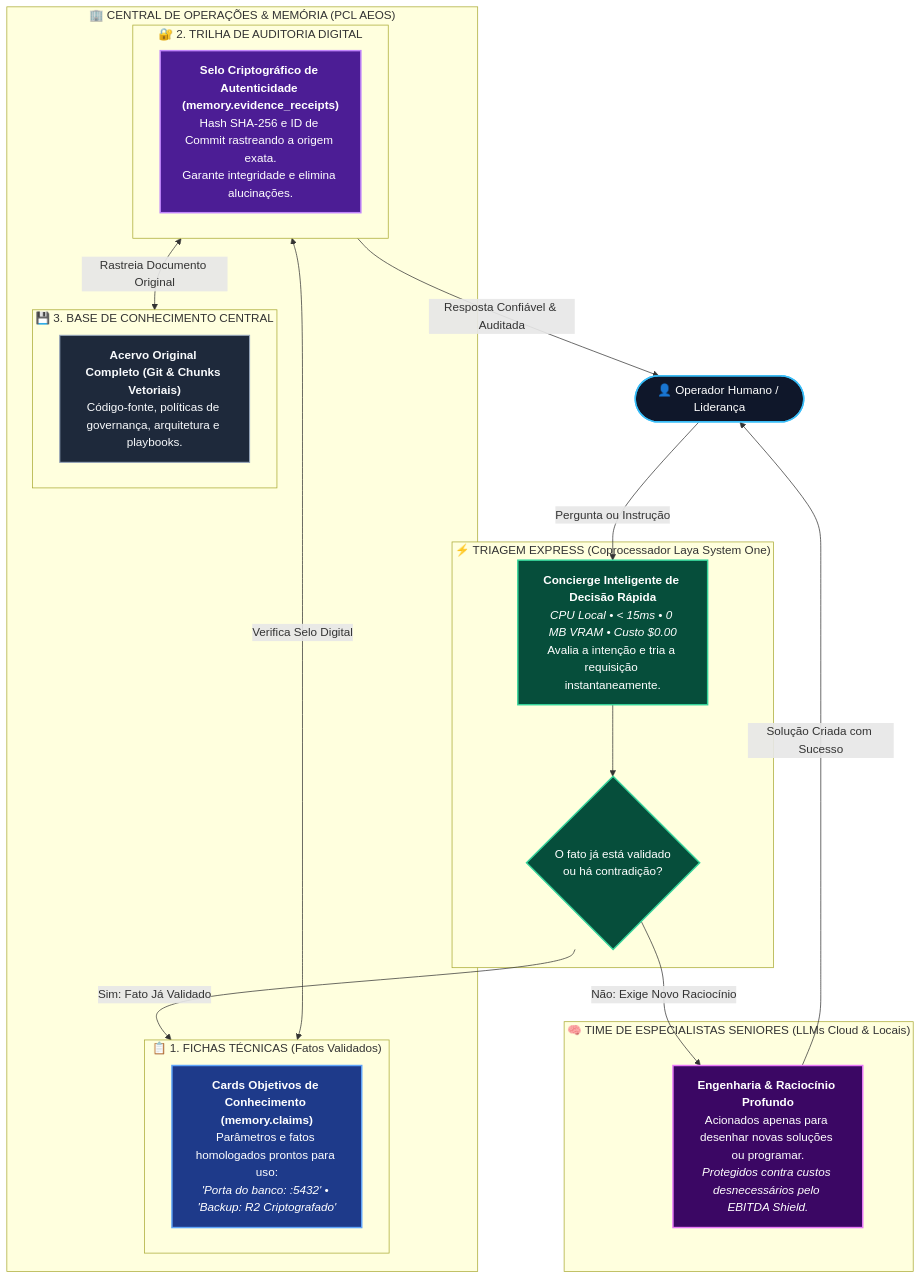
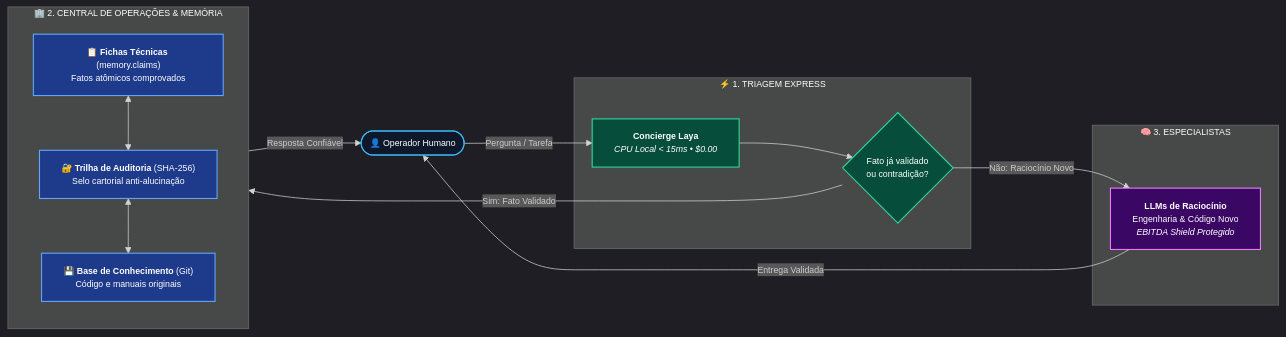
Before and after one commit to EnterDufter/PromptCoreLabs_AEOS: the diagram in docs/architecture-v2-executive-guide.md, drawn with Mermaid. The commit also changed 2 other files, not shown here.

Commit message:
fix(diagrams): calibra escala e fontes dos diagramas Mermaid no guia executivo e spec do laya

````diff
--- a/docs/architecture-v2-executive-guide.md
+++ b/docs/architecture-v2-executive-guide.md
@@ -20,52 +20,39 @@
 ```mermaid
-flowchart TD
-    Cliente(["👤 Operador Humano / Liderança"])
+%%{init: {'theme': 'dark', 'themeVariables': { 'fontSize': '12px', 'fontFamily': 'Inter, sans-serif' }}}%%
+flowchart LR
+    Cliente(["👤 Operador Humano"])
 
-    subgraph Portaria["⚡ TRIAGEM EXPRESS (Coprocessador Laya System One)"]
-        Laya["<b>Concierge Inteligente de Decisão Rápida</b><br/><i>CPU Local • &lt; 15ms • 0 MB VRAM • Custo $0.00</i><br/>Avalia a intenção e tria a requisição instantaneamente."]
-        Filtro{"O fato já está validado<br/>ou há contradição?"}
+    subgraph Portaria["⚡ 1. TRIAGEM EXPRESS"]
+        Laya["<b>Concierge Laya</b><br/><i>CPU Local &lt; 15ms • $0.00</i>"]
+        Filtro{"Fato já validado<br/>ou contradição?"}
         Laya --> Filtro
     end
 
-    subgraph Hub["🏢 CENTRAL DE OPERAÇÕES & MEMÓRIA (PCL AEOS)"]
-        subgraph Fichario["📋 1. FICHAS TÉCNICAS (Fatos Validados)"]
-            Claims["<b>Cards Objetivos de Conhecimento (memory.claims)</b><br/>Parâmetros e fatos homologados prontos para uso:<br/><i>'Porta do banco: :5432' • 'Backup: R2 Criptografado'</i>"]
-        end
-
-        subgraph Cartorio["🔐 2. TRILHA DE AUDITORIA DIGITAL"]
-            Recibos["<b>Selo Criptográfico de Autenticidade (memory.evidence_receipts)</b><br/>Hash SHA-256 e ID de Commit rastreando a origem exata.<br/>Garante integridade e elimina alucinações."]
-        end
-
-        subgraph Biblioteca["💾 3. BASE DE CONHECIMENTO CENTRAL"]
-            Docs["<b>Acervo Original Completo (Git & Chunks Vetoriais)</b><br/>Código-fonte, políticas de governança, arquitetura e playbooks."]
-        end
+    subgraph Hub["🏢 2. CENTRAL DE OPERAÇÕES & MEMÓRIA"]
+        direction TB
+        Fichas["📋 <b>Fichas Técnicas</b> (memory.claims)<br/>Fatos atômicos comprovados"]
+        Trilha["🔐 <b>Trilha de Auditoria</b> (SHA-256)<br/>Selo cartorial anti-alucinação"]
+        Base["💾 <b>Base de Conhecimento</b> (Git)<br/>Código e manuais originais"]
+        Fichas <--> Trilha <--> Base
     end
 
-    subgraph Especialistas["🧠 TIME DE ESPECIALISTAS SENIORES (LLMs Cloud & Locais)"]
-        LLM["<b>Engenharia & Raciocínio Profundo</b><br/>Acionados apenas para desenhar novas soluções ou programar.<br/><i>Protegidos contra custos desnecessários pelo EBITDA Shield.</i>"]
+    subgraph Especialistas["🧠 3. ESPECIALISTAS"]
+        LLM["<b>LLMs de Raciocínio</b><br/>Engenharia & Código Novo<br/><i>EBITDA Shield Protegido</i>"]
     end
 
-    %% Fluxos
-    Cliente -->|"Pergunta ou Instrução"| Laya
-    Filtro -->|"Sim: Fato Já Validado"| Fichario
-    Fichario <-->|"Verifica Selo Digital"| Cartorio
-    Cartorio <-->|"Rastreia Documento Original"| Biblioteca
-    Cartorio -->|"Resposta Confiável & Auditada"| Cliente
+    Cliente -->|"Pergunta / Tarefa"| Laya
+    Filtro -->|"Sim: Fato Validado"| Fichas
+    Trilha -->|"Resposta Confiável"| Cliente
+    Filtro -->|"Não: Raciocínio Novo"| LLM
+    LLM -->|"Entrega Validada"| Cliente
 
-    Filtro -->|"Não: Exige Novo Raciocínio"| LLM
-    LLM -->|"Solução Criada com Sucesso"| Cliente
-
-    classDef cliente fill:#0f172a,stroke:#38bdf8,stroke-width:2px,color:#fff;
-    classDef portaria fill:#064e3b,stroke:#34d399,stroke-width:2px,color:#fff;
-    classDef fichario fill:#1e3a8a,stroke:#60a5fa,stroke-width:2px,color:#fff;
-    classDef cartorio fill:#4c1d95,stroke:#c084fc,stroke-width:2px,color:#fff;
-    classDef biblio fill:#1e293b,stroke:#94a3b8,stroke-width:1.5px,color:#f8fafc;
-    classDef espec fill:#3b0764,stroke:#e879f9,stroke-width:2px,color:#fff;
+    classDef cliente fill:#0f172a,stroke:#38bdf8,stroke-width:1.5px,color:#fff;
+    classDef portaria fill:#064e3b,stroke:#34d399,stroke-width:1.5px,color:#fff;
+    classDef hub fill:#1e3a8a,stroke:#60a5fa,stroke-width:1.5px,color:#fff;
+    classDef espec fill:#3b0764,stroke:#e879f9,stroke-width:1.5px,color:#fff;
 
     class Cliente cliente;
     class Laya,Filtro portaria;
-    class Claims fichario;
-    class Recibos cartorio;
-    class Docs biblio;
+    class Fichas,Trilha,Base hub;
     class LLM espec;
 ```
````
